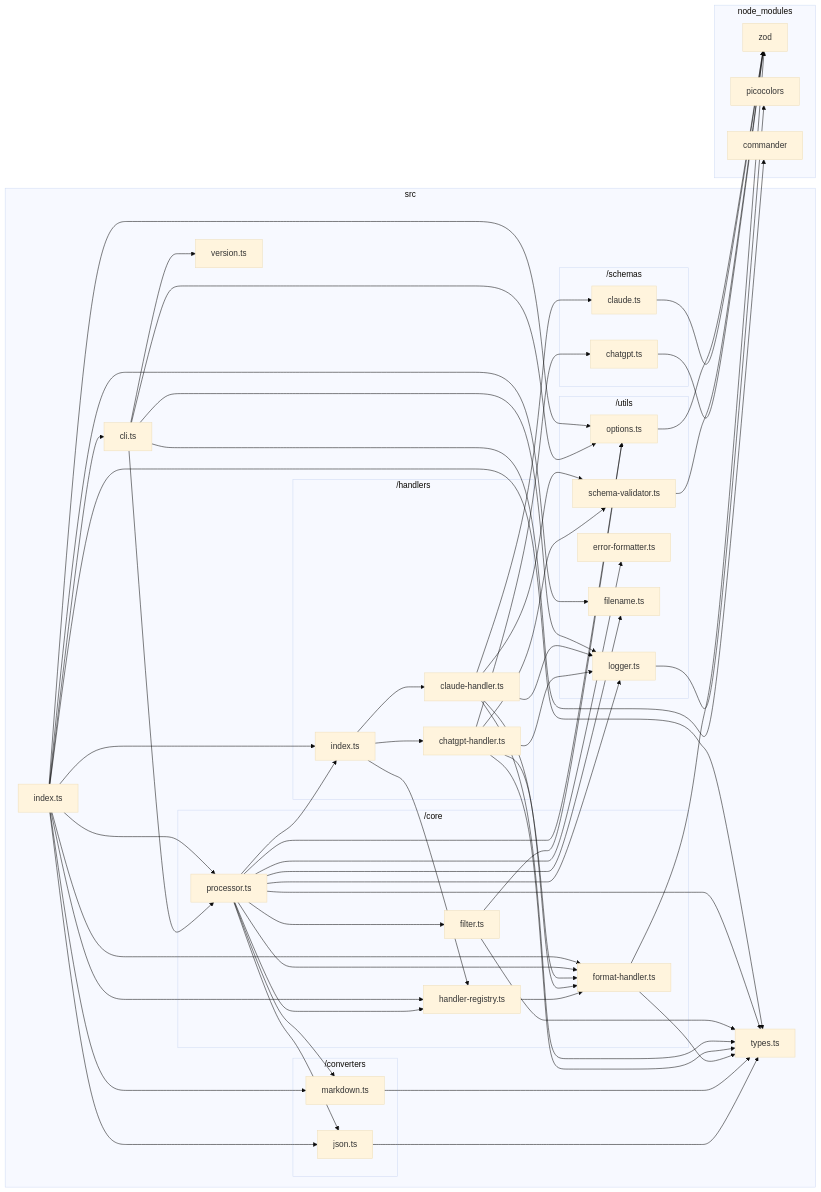
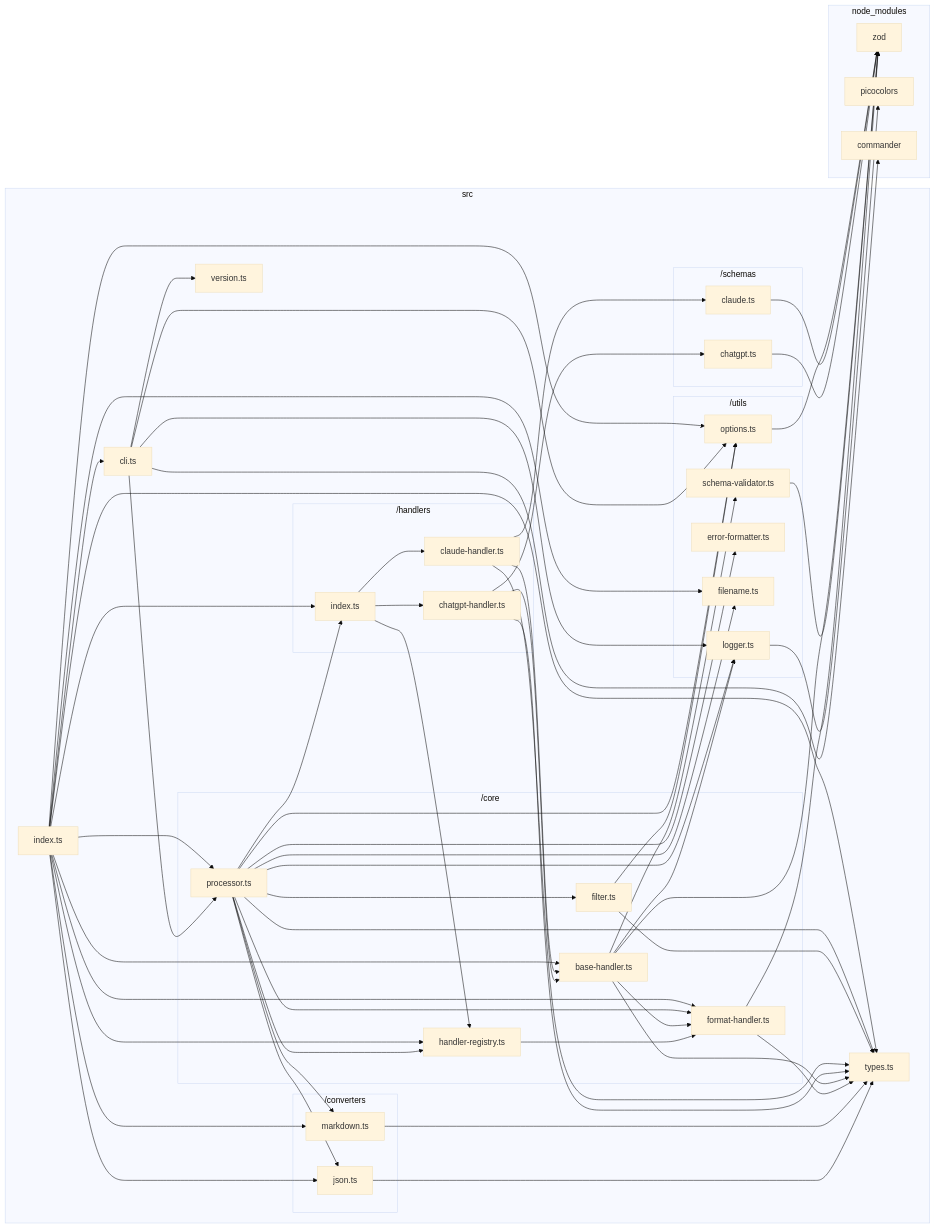
The diagram in docs/dependency-graphs/typescript-graph.md (sugurutakahashi-1234/ai-chat-md-export), drawn with Mermaid (base theme) before and after one commit. The commit also changed 6 other files, not shown here.

Commit message:
feat: implement base format handler and refactor ChatGPT

```diff
--- a/docs/dependency-graphs/typescript-graph.md
+++ b/docs/dependency-graphs/typescript-graph.md
@@ -18,12 +18,9 @@
         subgraph src/core["/core"]
             src/core/format//handler.ts["format-handler.ts"]
             src/core/handler//registry.ts["handler-registry.ts"]
+            src/core/base//handler.ts["base-handler.ts"]
             src/core/filter.ts["filter.ts"]
             src/core/processor.ts["processor.ts"]
-        end
-        subgraph src/schemas["/schemas"]
-            src/schemas/chatgpt.ts["chatgpt.ts"]
-            src/schemas/claude.ts["claude.ts"]
         end
         subgraph src/utils["/utils"]
             src/utils/logger.ts["logger.ts"]
@@ -31,6 +28,10 @@
             src/utils/error//formatter.ts["error-formatter.ts"]
             src/utils/filename.ts["filename.ts"]
             src/utils/options.ts["options.ts"]
+        end
+        subgraph src/schemas["/schemas"]
+            src/schemas/chatgpt.ts["chatgpt.ts"]
+            src/schemas/claude.ts["claude.ts"]
         end
         subgraph src/handlers["/handlers"]
             src/handlers/chatgpt//handler.ts["chatgpt-handler.ts"]
@@ -48,20 +49,21 @@
     src/core/format//handler.ts-->node//modules/zod/index.d.cts
     src/core/format//handler.ts-->src/types.ts
     src/core/handler//registry.ts-->src/core/format//handler.ts
-    src/schemas/chatgpt.ts-->node//modules/zod/index.d.cts
     src/utils/logger.ts-->node//modules/picocolors/picocolors.d.ts
     src/utils/schema//validator.ts-->node//modules/zod/index.d.cts
-    src/handlers/chatgpt//handler.ts-->src/core/format//handler.ts
+    src/core/base//handler.ts-->node//modules/zod/index.d.cts
+    src/core/base//handler.ts-->src/types.ts
+    src/core/base//handler.ts-->src/utils/logger.ts
+    src/core/base//handler.ts-->src/utils/schema//validator.ts
+    src/core/base//handler.ts-->src/core/format//handler.ts
+    src/schemas/chatgpt.ts-->node//modules/zod/index.d.cts
+    src/handlers/chatgpt//handler.ts-->src/core/base//handler.ts
     src/handlers/chatgpt//handler.ts-->src/schemas/chatgpt.ts
     src/handlers/chatgpt//handler.ts-->src/types.ts
-    src/handlers/chatgpt//handler.ts-->src/utils/logger.ts
-    src/handlers/chatgpt//handler.ts-->src/utils/schema//validator.ts
     src/schemas/claude.ts-->node//modules/zod/index.d.cts
-    src/handlers/claude//handler.ts-->src/core/format//handler.ts
+    src/handlers/claude//handler.ts-->src/core/base//handler.ts
     src/handlers/claude//handler.ts-->src/schemas/claude.ts
     src/handlers/claude//handler.ts-->src/types.ts
-    src/handlers/claude//handler.ts-->src/utils/logger.ts
-    src/handlers/claude//handler.ts-->src/utils/schema//validator.ts
     src/handlers/index.ts-->src/core/handler//registry.ts
     src/handlers/index.ts-->src/handlers/chatgpt//handler.ts
     src/handlers/index.ts-->src/handlers/claude//handler.ts
@@ -88,6 +90,7 @@
     src/index.ts-->src/converters/json.ts
     src/index.ts-->src/converters/markdown.ts
     src/index.ts-->src/core/format//handler.ts
+    src/index.ts-->src/core/base//handler.ts
     src/index.ts-->src/core/handler//registry.ts
     src/index.ts-->src/core/processor.ts
     src/index.ts-->src/handlers/index.ts
```
